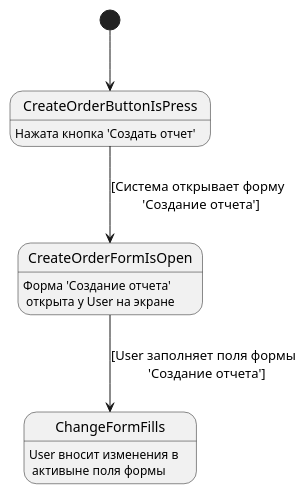
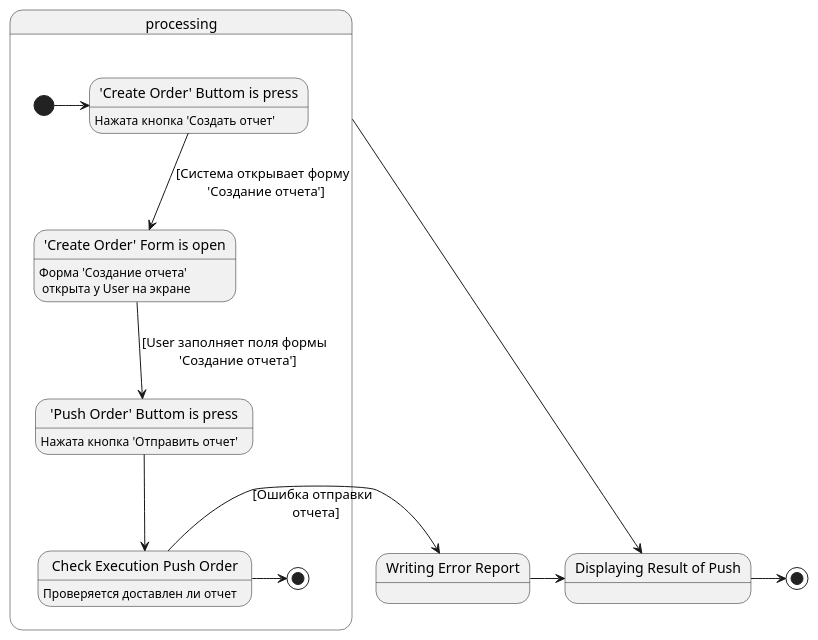
One commit to Pahoomich/nwchat changed the diagram in UML/state machine diagram/create_report_state.puml. Above: the diagram before and after it, drawn with PlantUML. The commit also changed 1 other file, not shown here.

Commit message:
refactoring create report state

```diff
--- a/UML/state machine diagram/create_report_state.puml
+++ b/UML/state machine diagram/create_report_state.puml
@@ -1,13 +1,21 @@
 @startuml
-[*] --> CreateOrderButtonIsPress
+State processing {
+[*] -> CreateOrderButtonIsPress
 CreateOrderButtonIsPress --> CreateOrderFormIsOpen: [Система открывает форму \n 'Создание отчета']
-CreateOrderFormIsOpen --> ChangeFormFills:[User заполняет поля формы \n 'Создание отчета']
+CreateOrderFormIsOpen --> PushOrederButtomIsPress :[User заполняет поля формы \n 'Создание отчета']
+PushOrederButtomIsPress --> CheckExecutOrder
+CheckExecutOrder -> [*]
+}
+processing -> Result
+Error -> Result
+Result -> [*]
+CheckExecutOrder -> Error: [Ошибка отправки \n отчета]
 
 
-
-
-
-CreateOrderButtonIsPress: Нажата кнопка 'Создать отчет'
-CreateOrderFormIsOpen: Форма 'Создание отчета' \n открыта у User на экране
-ChangeFormFills: User вносит изменения в \n активыне поля формы
+State "'Push Order' Buttom is press" as PushOrederButtomIsPress: Нажата кнопка 'Отправить отчет'
+State "'Create Order' Buttom is press" as CreateOrderButtonIsPress: Нажата кнопка 'Создать отчет'
+State "'Create Order' Form is open" as CreateOrderFormIsOpen: Форма 'Создание отчета' \n открыта у User на экране
+State "Check Execution Push Order" as CheckExecutOrder: Проверяется доставлен ли отчет
+State "Writing Error Report" as Error
+State "Displaying Result of Push" as Result
 @enduml
```
